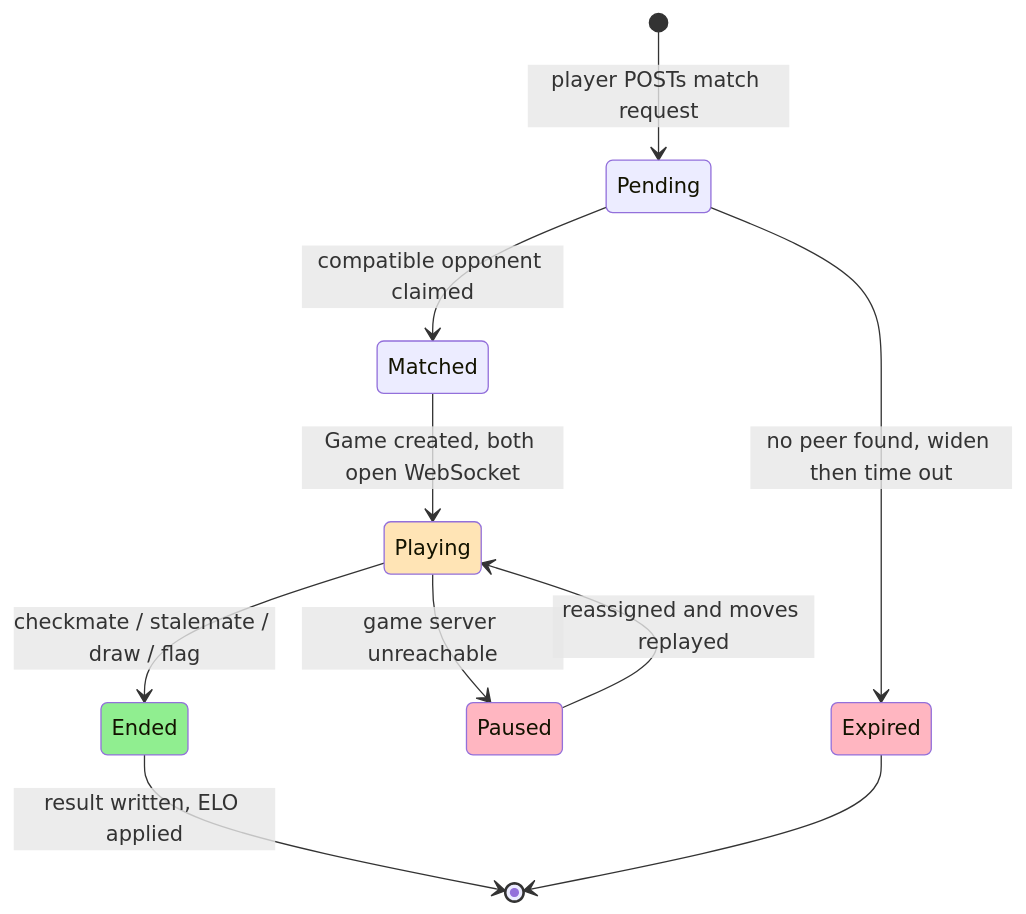
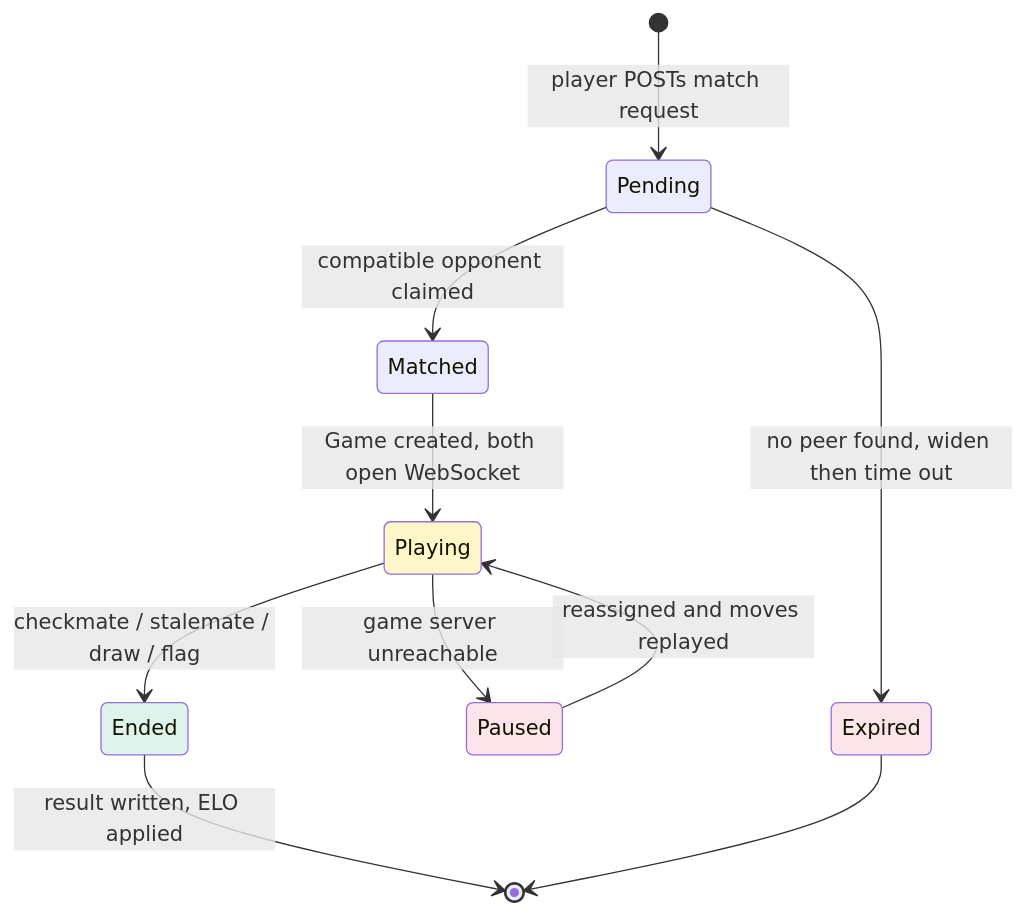
Before and after one commit to cartmancodes/InterviewVault: the first of 3 diagrams in LLD/SystemDesign/ProblemBreakdowns/OnlineChess.md, drawn with Mermaid. The commit also changed 679 other files, not shown here.

Commit message:
Unify content diagrams and add accessible visual walkthroughs

````diff
--- a/LLD/SystemDesign/ProblemBreakdowns/OnlineChess.md
+++ b/LLD/SystemDesign/ProblemBreakdowns/OnlineChess.md
@@ -132,20 +132,20 @@
 ```mermaid
 stateDiagram-v2
     [*] --> Pending: player POSTs match request
     Pending --> Matched: compatible opponent claimed
     Pending --> Expired: no peer found, widen then time out
     Matched --> Playing: Game created, both open WebSocket
     Playing --> Paused: game server unreachable
     Paused --> Playing: reassigned and moves replayed
     Playing --> Ended: checkmate / stalemate / draw / flag
     Ended --> [*]: result written, ELO applied
     Expired --> [*]
 
-    classDef good fill:#90EE90
-    classDef bad fill:#FFB6C1
-    classDef step fill:#FFE4B5
+    classDef good fill:#DDF3EC
+    classDef bad fill:#FCE5EA
+    classDef step fill:#FFF6C9
     class Ended good
     class Paused bad
     class Expired bad
     class Playing step
 ```
````
